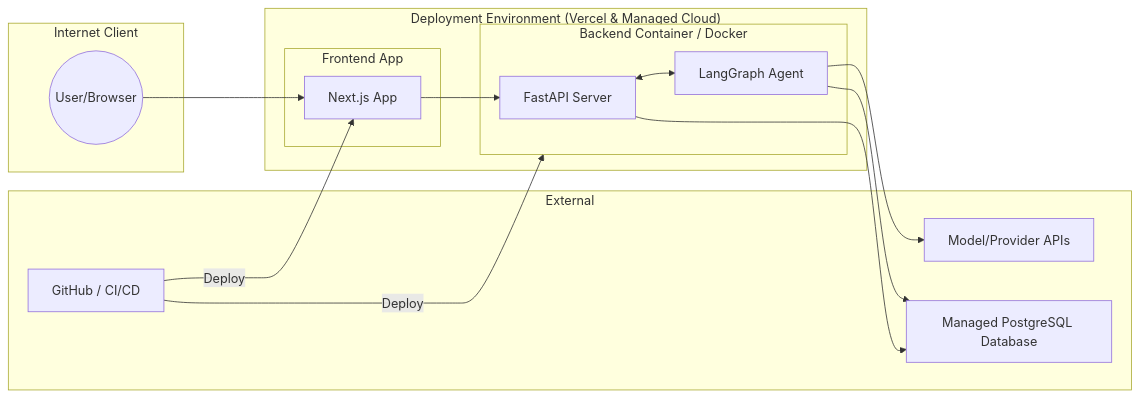
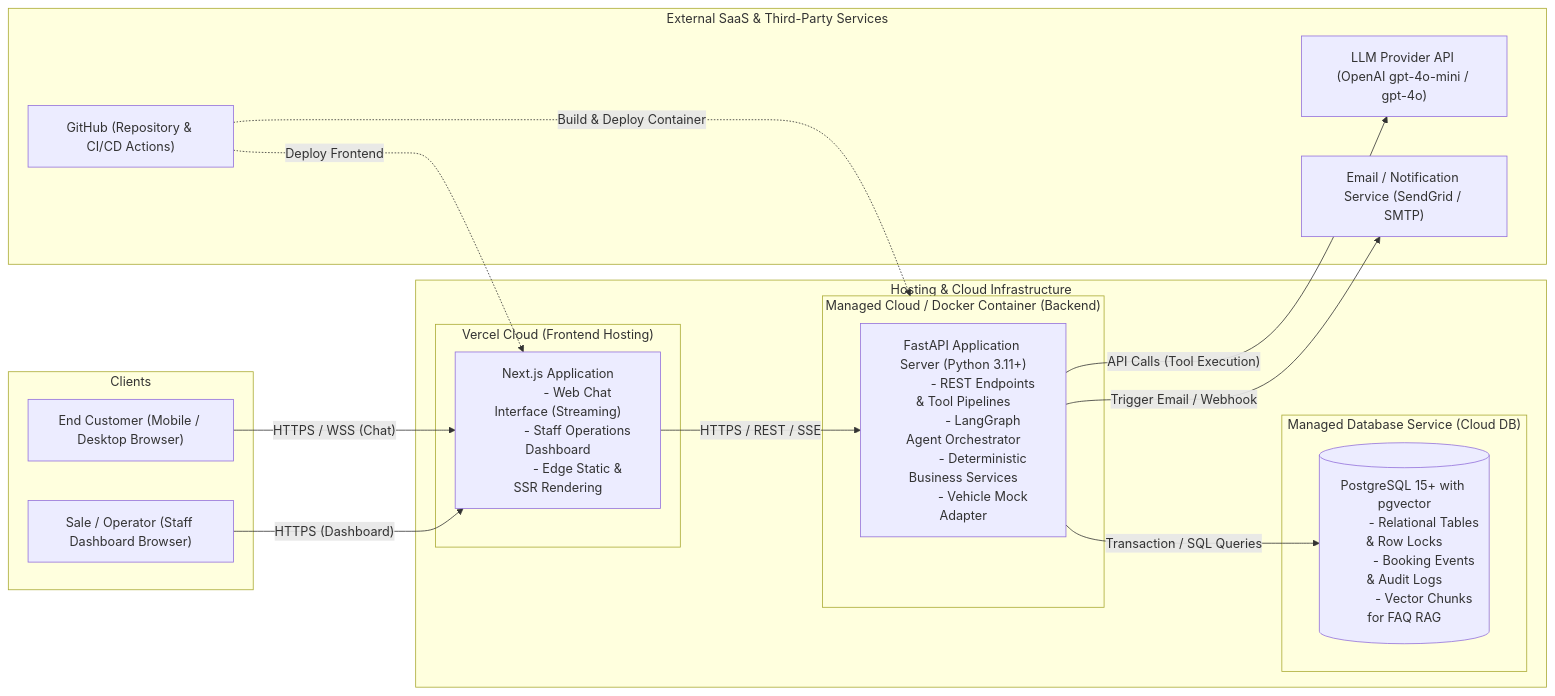
The diagram in DIagram/Deployment Diagram.md (TaiHoang2501/P001), drawn with Mermaid before and after one commit. The commit also changed 6 other files, not shown here.

Commit message:
docs: align diagrams, backlog, and CLAUDE.md with spec v2 architecture patch

````diff
--- a/DIagram/Deployment Diagram.md
+++ b/DIagram/Deployment Diagram.md
@@ -3,34 +3,53 @@
 ```mermaid
 graph LR
-    subgraph External["External"]
-        GH[GitHub / CI/CD]
-        LLM[Model/Provider APIs]
-        MDB[Managed PostgreSQL Database]
+    subgraph Clients["Clients"]
+        C_BROWSER["End Customer (Mobile / Desktop Browser)"]
+        S_BROWSER["Sale / Operator (Staff Dashboard Browser)"]
     end
 
-    subgraph Internet["Internet Client"]
-        USR((User/Browser))
+    subgraph ExternalCloud["External SaaS & Third-Party Services"]
+        GH["GitHub (Repository & CI/CD Actions)"]
+        LLM_API["LLM Provider API (OpenAI gpt-4o-mini / gpt-4o)"]
+        SMTP_API["Email / Notification Service (SendGrid / SMTP)"]
     end
 
-    subgraph DeploymentEnv["Deployment Environment (Vercel & Managed Cloud)"]
-        subgraph VercelApp["Frontend App"]
-            NEXT[Next.js App]
+    subgraph HostingInfrastructure["Hosting & Cloud Infrastructure"]
+        subgraph VercelEdge["Vercel Cloud (Frontend Hosting)"]
+            NEXT_APP["Next.js Application
+            - Web Chat Interface (Streaming)
+            - Staff Operations Dashboard
+            - Edge Static & SSR Rendering"]
         end
-        
-        subgraph CloudContainer["Backend Container / Docker"]
-            FAST[FastAPI Server]
-            LANG[LangGraph Agent]
+
+        subgraph ContainerHosting["Managed Cloud / Docker Container (Backend)"]
+            FAST_APP["FastAPI Application Server (Python 3.11+)
+            - REST Endpoints & Tool Pipelines
+            - LangGraph Agent Orchestrator
+            - Deterministic Business Services
+            - Vehicle Mock Adapter"]
+        end
+
+        subgraph ManagedData["Managed Database Service (Cloud DB)"]
+            PG_DB[("PostgreSQL 15+ with pgvector
+            - Relational Tables & Row Locks
+            - Booking Events & Audit Logs
+            - Vector Chunks for FAQ RAG")]
         end
     end
 
-    USR --> NEXT
-    NEXT --> FAST
-    FAST <--> LANG
-    
-    LANG --> LLM
-    FAST --> MDB
-    LANG --> MDB
-    
-    GH -- Deploy --> NEXT
-    GH -- Deploy --> CloudContainer
+    %% Client Connections
+    C_BROWSER -- "HTTPS / WSS (Chat)" --> NEXT_APP
+    S_BROWSER -- "HTTPS (Dashboard)" --> NEXT_APP
+
+    %% Frontend to Backend
+    NEXT_APP -- "HTTPS / REST / SSE" --> FAST_APP
+
+    %% Backend to External
+    FAST_APP -- "API Calls (Tool Execution)" --> LLM_API
+    FAST_APP -- "Transaction / SQL Queries" --> PG_DB
+    FAST_APP -- "Trigger Email / Webhook" --> SMTP_API
+
+    %% CI / CD
+    GH -. "Deploy Frontend" .-> NEXT_APP
+    GH -. "Build & Deploy Container" .-> ContainerHosting
 ```
````
